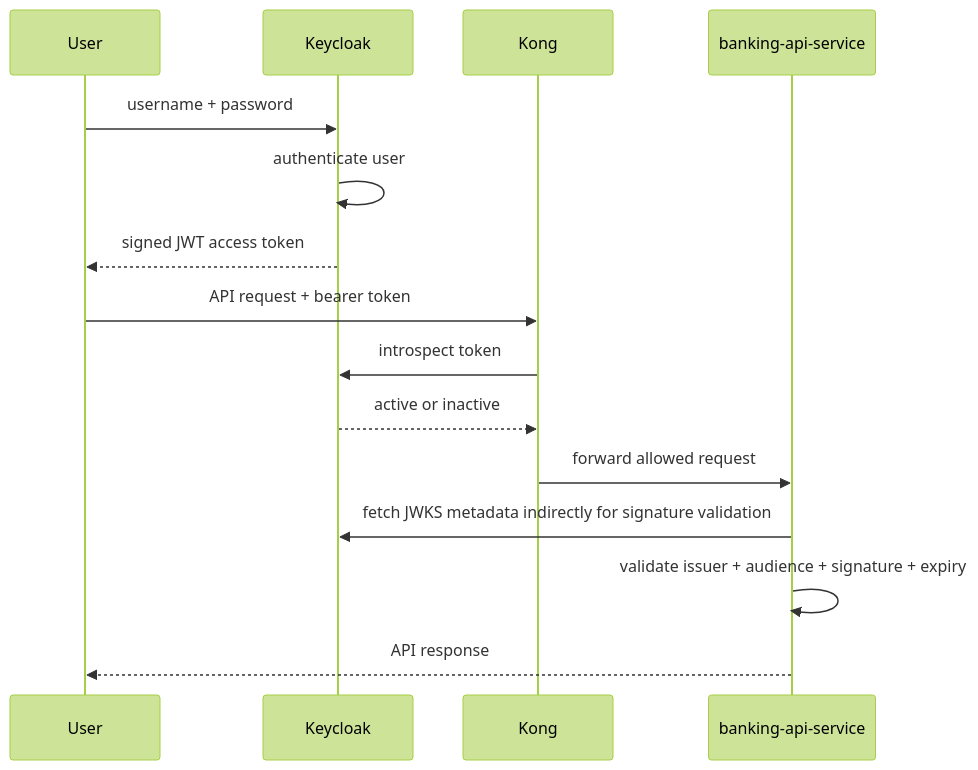
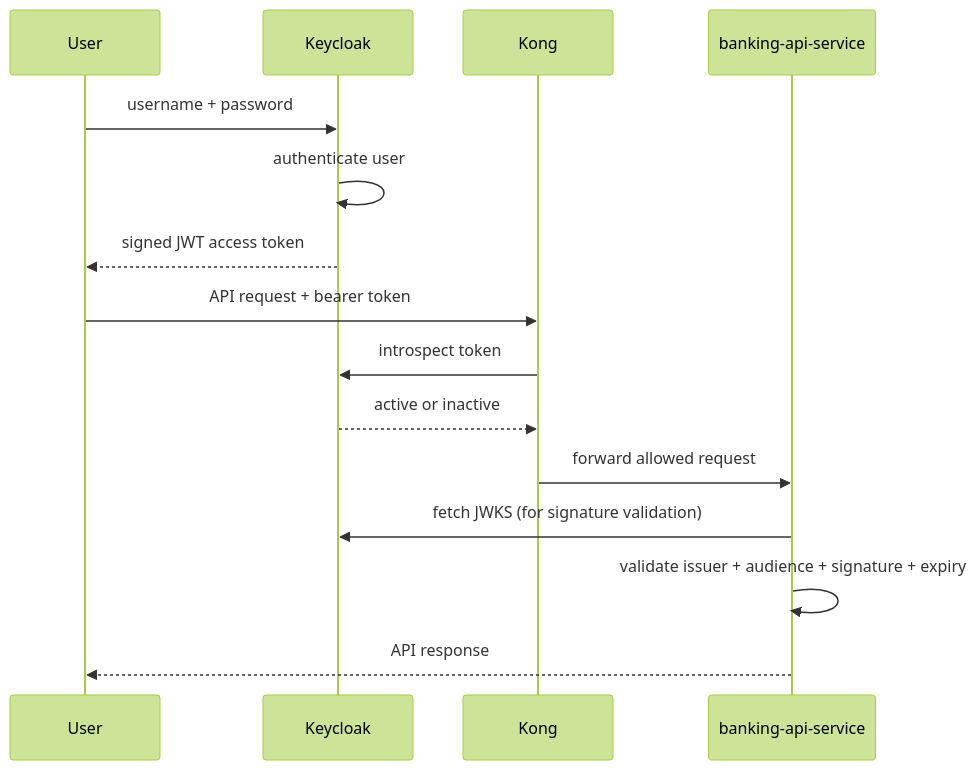
The second of 3 diagrams in docs/06-keycloak-idp.md (geekchow/micro-service-auth), drawn with Mermaid (forest theme) before and after one commit. The commit also changed other lines of this file, not shown here.

````diff
--- a/docs/06-keycloak-idp.md
+++ b/docs/06-keycloak-idp.md
@@ -457,18 +162,18 @@
 ```mermaid
 sequenceDiagram
     participant U as User
     participant K as Keycloak
     participant G as Kong
     participant B as banking-api-service
 
     U->>K: username + password
     K->>K: authenticate user
     K-->>U: signed JWT access token
     U->>G: API request + bearer token
     G->>K: introspect token
     K-->>G: active or inactive
     G->>B: forward allowed request
-    B->>K: fetch JWKS metadata indirectly for signature validation
+    B->>K: fetch JWKS (for signature validation)
     B->>B: validate issuer + audience + signature + expiry
     B-->>U: API response
 ```
````
